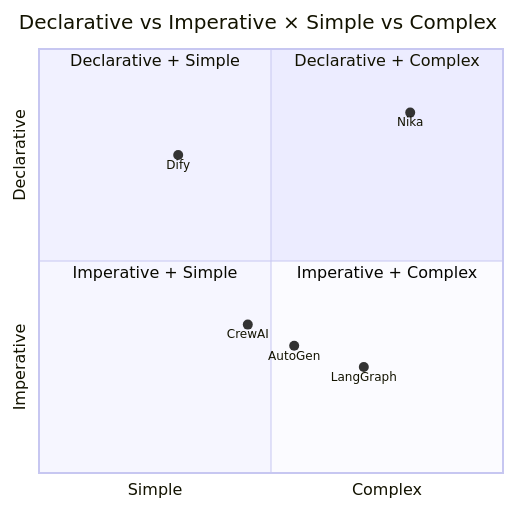
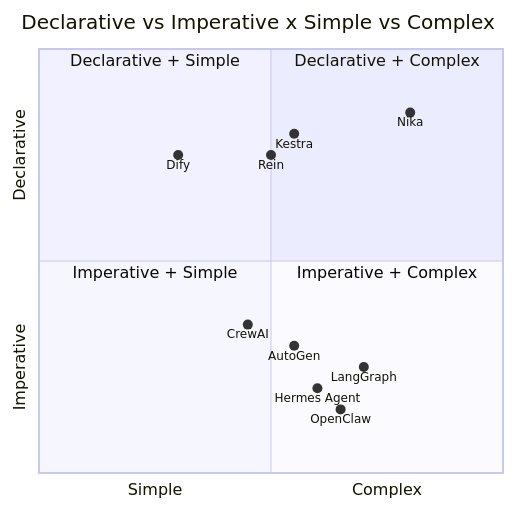
One commit to supernovae-st/nika changed the first of 15 diagrams in docs/vision/03-competitive-and-inspiration.md. Above: the diagram before and after it, drawn with Mermaid. The commit also changed other lines of this file and 5 other files, not shown here.

````diff
--- a/docs/vision/03-competitive-and-inspiration.md
+++ b/docs/vision/03-competitive-and-inspiration.md
@@ -18,15 +18,19 @@
 ```mermaid
 quadrantChart
-    title Declarative vs Imperative × Simple vs Complex
+    title Declarative vs Imperative x Simple vs Complex
     x-axis "Simple" --> "Complex"
     y-axis "Imperative" --> "Declarative"
     quadrant-1 "Declarative + Complex"
     quadrant-2 "Declarative + Simple"
     quadrant-3 "Imperative + Simple"
     quadrant-4 "Imperative + Complex"
     "Nika": [0.80, 0.85]
+    "Rein": [0.50, 0.75]
+    "Kestra": [0.55, 0.80]
     "Dify": [0.30, 0.75]
     "LangGraph": [0.70, 0.25]
     "CrewAI": [0.45, 0.35]
     "AutoGen": [0.55, 0.30]
+    "OpenClaw": [0.65, 0.15]
+    "Hermes Agent": [0.60, 0.20]
 ```
````
